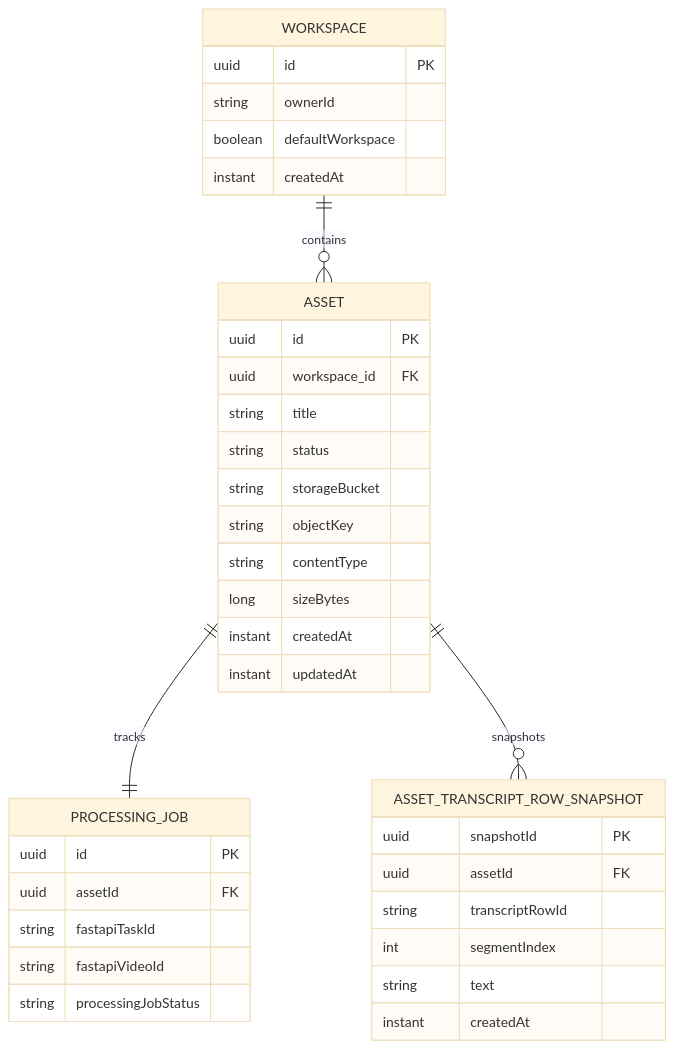
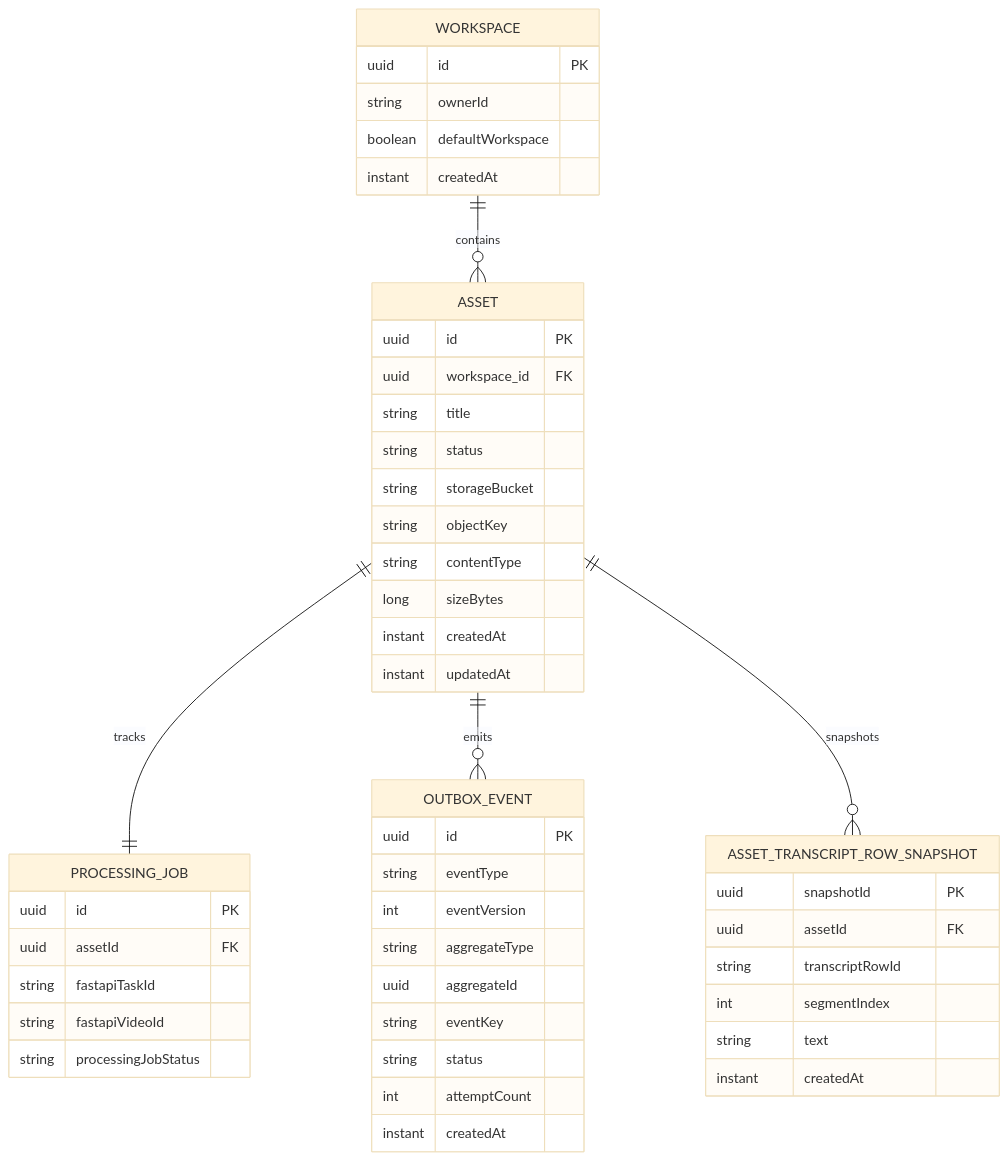
One commit to quangducnguyen1205/ai-knowledge-workspace changed the first of 2 diagrams in docs/data/Database.md. Above: the diagram before and after it, drawn with Mermaid (base theme). The commit also changed other lines of this file and 17 other files, not shown here.

````diff
--- a/docs/data/Database.md
+++ b/docs/data/Database.md
@@ -38,43 +40,56 @@
 ```mermaid
 erDiagram
     WORKSPACE ||--o{ ASSET : contains
     ASSET ||--|| PROCESSING_JOB : tracks
+    ASSET ||--o{ OUTBOX_EVENT : emits
     ASSET ||--o{ ASSET_TRANSCRIPT_ROW_SNAPSHOT : snapshots
 
     WORKSPACE {
         uuid id PK
         string ownerId
         boolean defaultWorkspace
         instant createdAt
     }
 
     ASSET {
         uuid id PK
         uuid workspace_id FK
         string title
         string status
         string storageBucket
         string objectKey
         string contentType
         long sizeBytes
         instant createdAt
         instant updatedAt
     }
 
     PROCESSING_JOB {
         uuid id PK
         uuid assetId FK
         string fastapiTaskId
         string fastapiVideoId
         string processingJobStatus
     }
 
+    OUTBOX_EVENT {
+        uuid id PK
+        string eventType
+        int eventVersion
+        string aggregateType
+        uuid aggregateId
+        string eventKey
+        string status
+        int attemptCount
+        instant createdAt
+    }
+
     ASSET_TRANSCRIPT_ROW_SNAPSHOT {
         uuid snapshotId PK
         uuid assetId FK
         string transcriptRowId
         int segmentIndex
         string text
         instant createdAt
     }
 ```
````
